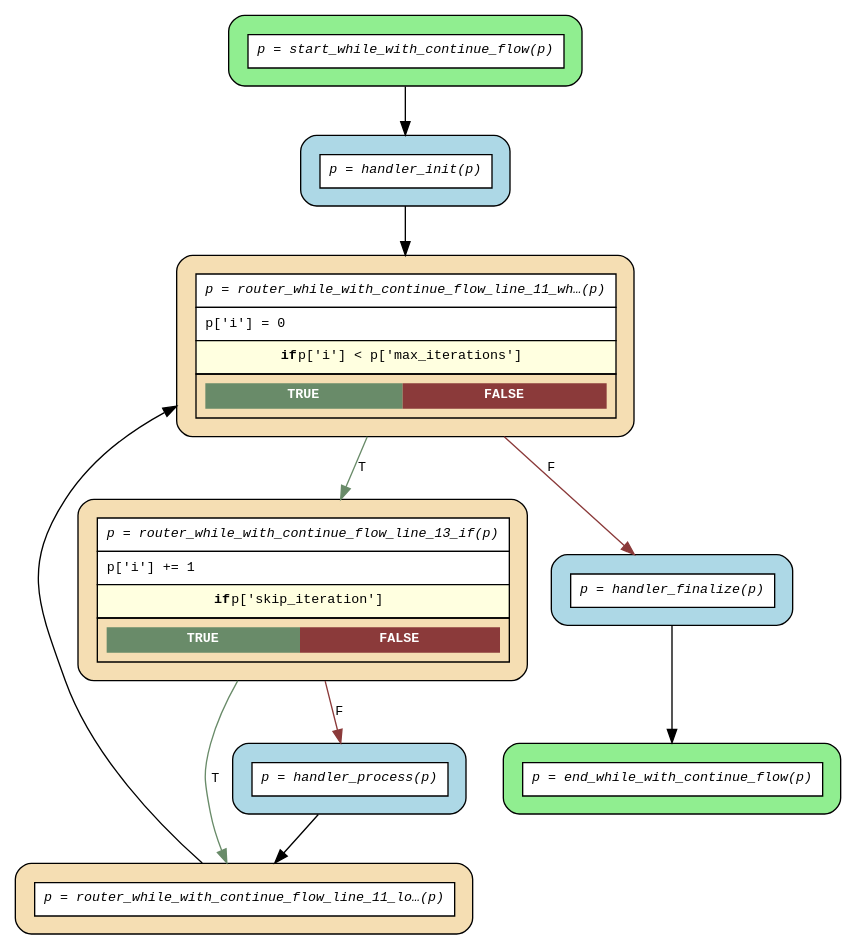
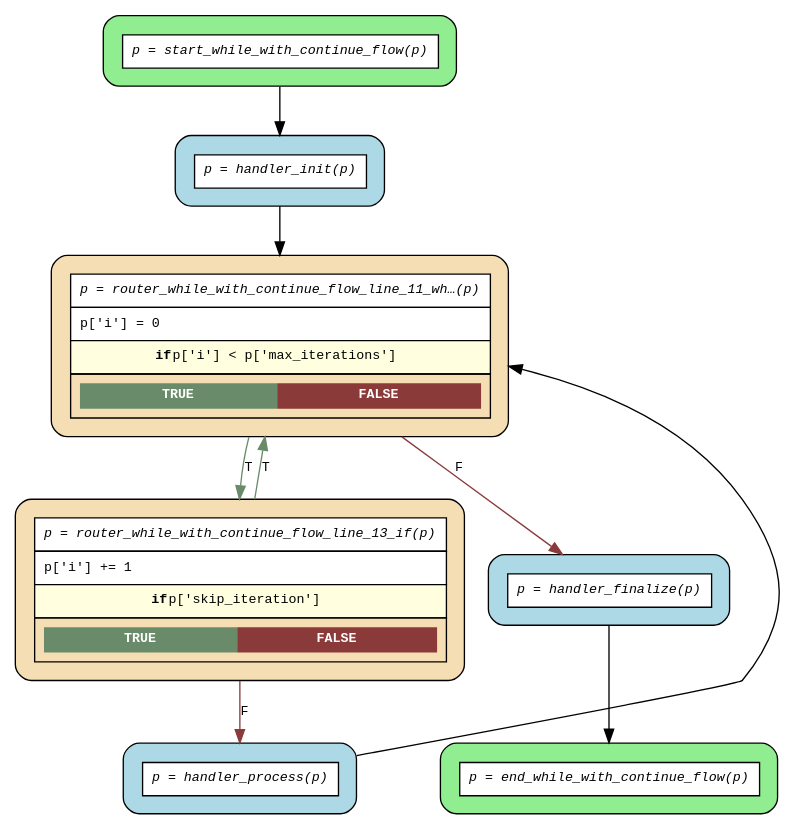
The diagram in examples/flows/compiled/while_with_continue/flow.dot (deliveryhero/asya), drawn with Graphviz before and after one commit. The commit also changed 40 other files, not shown here.

First line of the commit message:
fix(grouper): eliminate no-op loop_back routers for conditional while loops

```diff
--- a/examples/flows/compiled/while_with_continue/flow.dot
+++ b/examples/flows/compiled/while_with_continue/flow.dot
@@ -1,25 +1,23 @@
 digraph flow {
   rankdir=TB;
   graph [fontname="Courier", fontsize=10];
   node [fontname="Courier", fontsize=10, shape=box, style="filled,rounded", margin="0.2"];
   edge [fontname="Courier", fontsize=10];
 
   start_while_with_continue_flow [fillcolor="lightgreen", label=<<table border="0" cellspacing="0" cellpadding="6" cellborder="1"><tr><td bgcolor="white" align="center"><i>p = start_while_with_continue_flow(p)</i></td></tr></table>>];
   router_while_with_continue_flow_line_13_if [fillcolor="wheat", label=<<table border="0" cellspacing="0" cellpadding="6" cellborder="1"><tr><td bgcolor="white" align="center"><i>p = router_while_with_continue_flow_line_13_if(p)</i></td></tr><tr><td bgcolor="white" align="left">p['i'] += 1</td></tr><tr><td bgcolor="lightyellow"><b>if</b> p['skip_iteration']</td></tr><tr><td><table border="0" cellspacing="0" cellpadding="4"><tr><td bgcolor="darkseagreen4"><font color="white"><b>TRUE</b></font></td><td bgcolor="indianred4"><font color="white"><b>FALSE</b></font></td></tr></table></td></tr></table>>];
-  router_while_with_continue_flow_line_11_loop_back_0 [fillcolor="wheat", label=<<table border="0" cellspacing="0" cellpadding="6" cellborder="1"><tr><td bgcolor="white" align="center"><i>p = router_while_with_continue_flow_line_11_lo…(p)</i></td></tr></table>>];
   router_while_with_continue_flow_line_11_while_0 [fillcolor="wheat", label=<<table border="0" cellspacing="0" cellpadding="6" cellborder="1"><tr><td bgcolor="white" align="center"><i>p = router_while_with_continue_flow_line_11_wh…(p)</i></td></tr><tr><td bgcolor="white" align="left">p['i'] = 0</td></tr><tr><td bgcolor="lightyellow"><b>if</b> p['i'] &lt; p['max_iterations']</td></tr><tr><td><table border="0" cellspacing="0" cellpadding="4"><tr><td bgcolor="darkseagreen4"><font color="white"><b>TRUE</b></font></td><td bgcolor="indianred4"><font color="white"><b>FALSE</b></font></td></tr></table></td></tr></table>>];
   end_while_with_continue_flow [fillcolor="lightgreen", label=<<table border="0" cellspacing="0" cellpadding="6" cellborder="1"><tr><td bgcolor="white" align="center"><i>p = end_while_with_continue_flow(p)</i></td></tr></table>>];
   handler_finalize [fillcolor="lightblue", label=<<table border="0" cellspacing="0" cellpadding="6" cellborder="1"><tr><td bgcolor="white" align="center"><i>p = handler_finalize(p)</i></td></tr></table>>];
   handler_init [fillcolor="lightblue", label=<<table border="0" cellspacing="0" cellpadding="6" cellborder="1"><tr><td bgcolor="white" align="center"><i>p = handler_init(p)</i></td></tr></table>>];
   handler_process [fillcolor="lightblue", label=<<table border="0" cellspacing="0" cellpadding="6" cellborder="1"><tr><td bgcolor="white" align="center"><i>p = handler_process(p)</i></td></tr></table>>];
 
   handler_finalize -> end_while_with_continue_flow;
   handler_init -> router_while_with_continue_flow_line_11_while_0;
-  handler_process -> router_while_with_continue_flow_line_11_loop_back_0;
-  router_while_with_continue_flow_line_11_loop_back_0 -> router_while_with_continue_flow_line_11_while_0 [constraint=false];
+  handler_process -> router_while_with_continue_flow_line_11_while_0 [constraint=false];
   router_while_with_continue_flow_line_11_while_0 -> handler_finalize [label="F", color=indianred4];
   router_while_with_continue_flow_line_11_while_0 -> router_while_with_continue_flow_line_13_if [label="T", color=darkseagreen4];
   router_while_with_continue_flow_line_13_if -> handler_process [label="F", color=indianred4];
-  router_while_with_continue_flow_line_13_if -> router_while_with_continue_flow_line_11_loop_back_0 [label="T", color=darkseagreen4];
+  router_while_with_continue_flow_line_13_if -> router_while_with_continue_flow_line_11_while_0 [label="T", color=darkseagreen4];
   start_while_with_continue_flow -> handler_init;
 }
```
